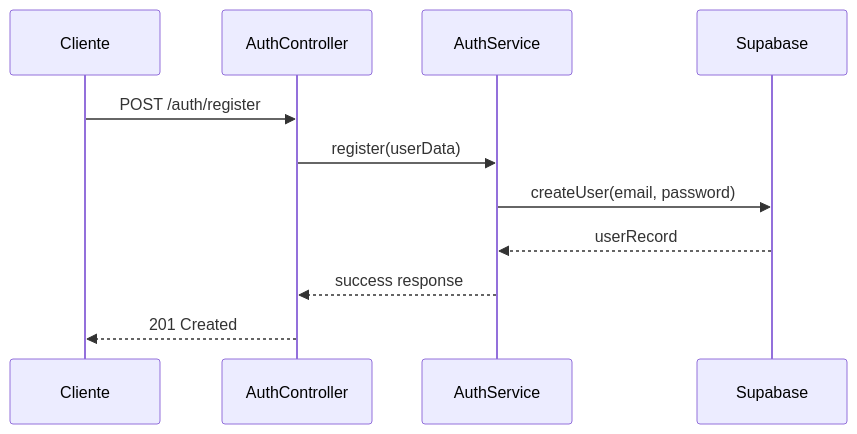
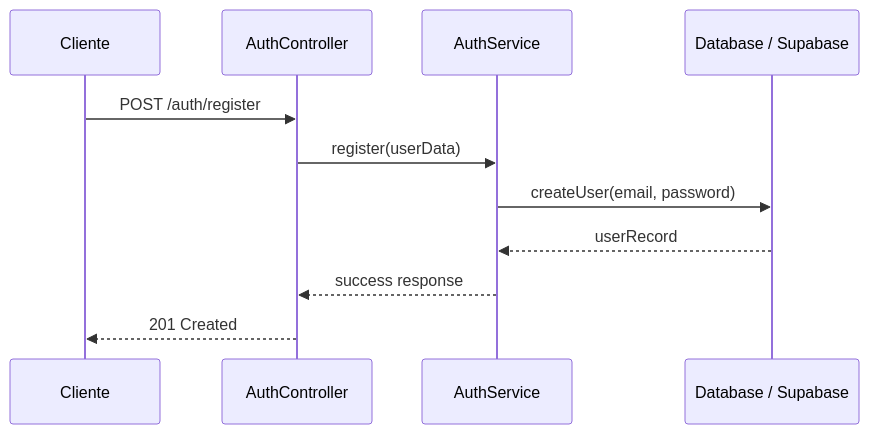
Before and after one commit to CodeCrafters-ES/tribehub-social_network-backend: the second of 2 diagrams in README.md, drawn with Mermaid. The commit also changed other lines of this file and 1 other file, not shown here.

Commit message:
docs: update README with pnpm/Docker and preserve Supabase context

````diff
--- a/README.md
+++ b/README.md
@@ -47,14 +46,14 @@
 ```mermaid
 sequenceDiagram
     participant C as Cliente
     participant A as AuthController
     participant S as AuthService
-    participant U as Supabase
+    participant U as Database / Supabase
 
     C->>A: POST /auth/register
     A->>S: register(userData)
     S->>U: createUser(email, password)
     U-->>S: userRecord
     S-->>A: success response
     A-->>C: 201 Created
 ```
````
